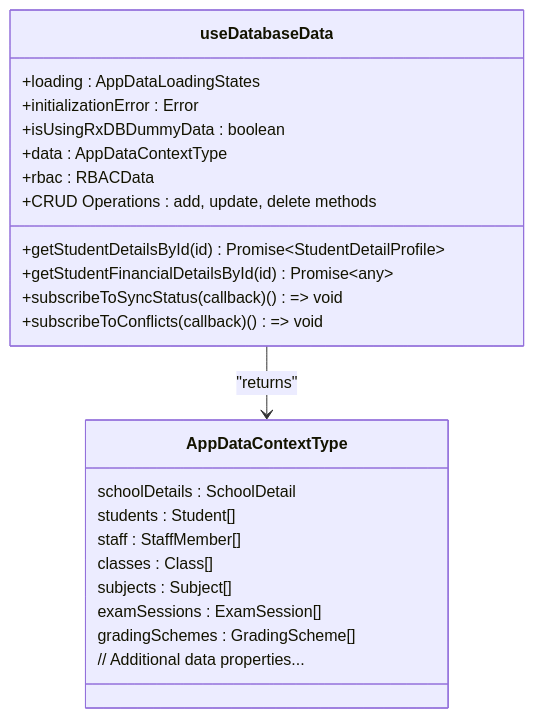
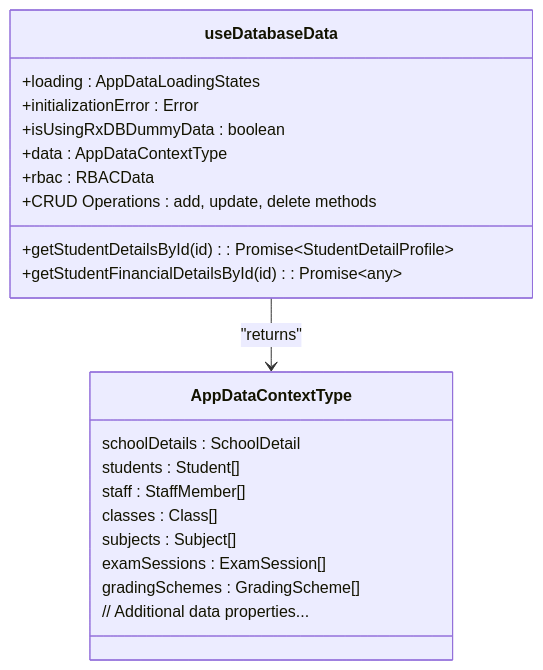
One commit to geniusdynamics/schoolpilot changed diagram 12 of 18 in .qoder/repowiki/en/content/Architecture Overview/Data Management Architecture/Data Synchronization Workflow/Data Synchronization Workflow.md. Above: the diagram before and after it, drawn with Mermaid. The commit also changed other lines of this file and 19 other files, not shown here.

````diff
--- a/.qoder/repowiki/en/content/Architecture Overview/Data Management Architecture/Data Synchronization Workflow/Data Synchronization Workflow.md
+++ b/.qoder/repowiki/en/content/Architecture Overview/Data Management Architecture/Data Synchronization Workflow/Data Synchronization Workflow.md
@@ -395,26 +568,24 @@
 ```mermaid
 classDiagram
 class useDatabaseData {
 +loading : AppDataLoadingStates
 +initializationError : Error
 +isUsingRxDBDummyData : boolean
 +data : AppDataContextType
 +rbac : RBACData
-+getStudentDetailsById(id) Promise~StudentDetailProfile~
-+getStudentFinancialDetailsById(id) Promise~any~
++getStudentDetailsById(id) : Promise~StudentDetailProfile~
++getStudentFinancialDetailsById(id) : Promise~any~
 +CRUD Operations : add, update, delete methods
-+subscribeToSyncStatus(callback) () => void
-+subscribeToConflicts(callback) () => void
 }
 class AppDataContextType {
 schoolDetails : SchoolDetail
 students : Student[]
 staff : StaffMember[]
 classes : Class[]
 subjects : Subject[]
 examSessions : ExamSession[]
 gradingSchemes : GradingScheme[]
 // Additional data properties...
 }
 useDatabaseData --> AppDataContextType : "returns"
 ```
````
